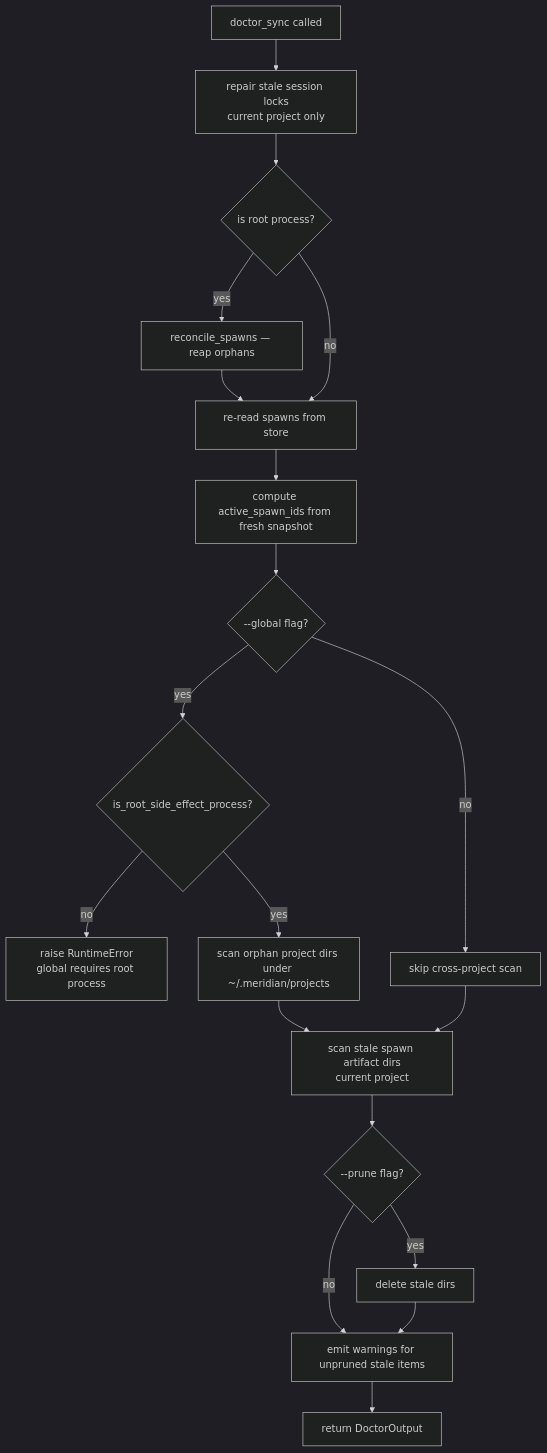
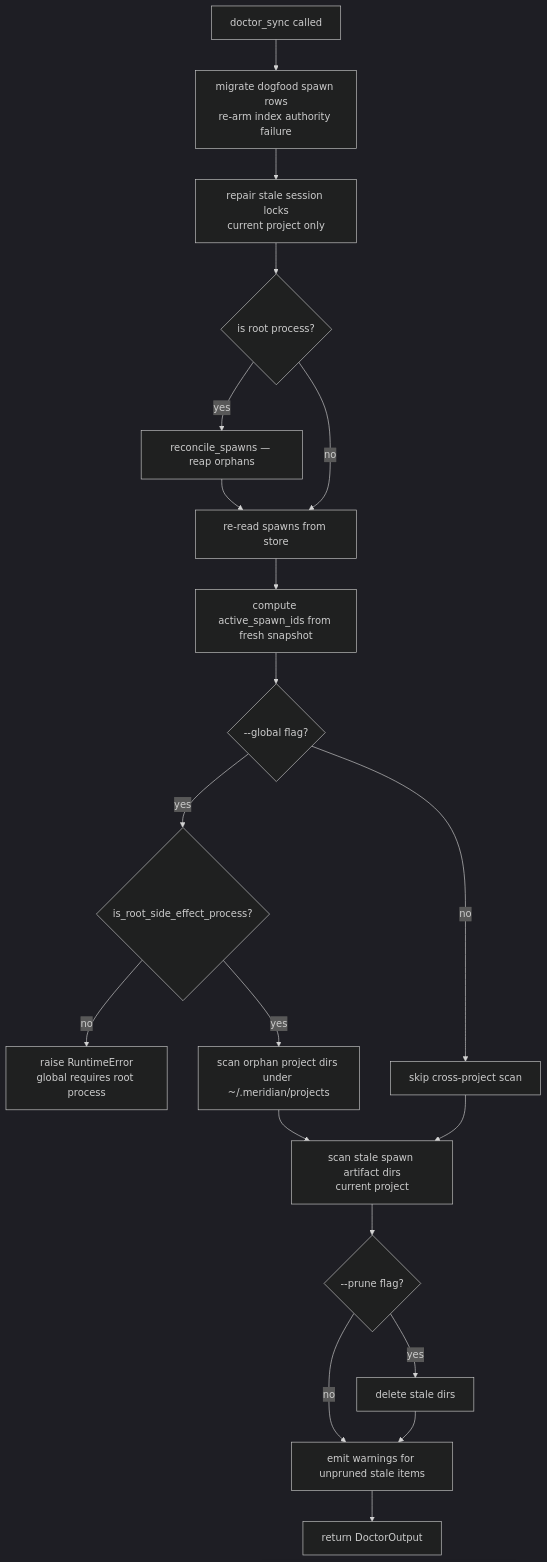
The diagram in kb/operations/health-checks.md (haowjy/meridian-cli-kb), drawn with Mermaid (dark theme) before and after one commit. The commit also changed other lines of this file and 19 other files, not shown here.

````diff
--- a/kb/operations/health-checks.md
+++ b/kb/operations/health-checks.md
@@ -30,21 +30,22 @@
 ```mermaid
 flowchart TD
-    A[doctor_sync called] --> B[repair stale session locks\ncurrent project only]
+    A[doctor_sync called] --> A2[migrate dogfood spawn rows\nre-arm index authority failure]
+    A2 --> B[repair stale session locks\ncurrent project only]
     B --> C{is root process?}
     C -- yes --> D[reconcile_spawns — reap orphans]
     D --> E[re-read spawns from store]
     C -- no --> E
     E --> F[compute active_spawn_ids from fresh snapshot]
     F --> G{--global flag?}
     G -- yes --> G2{is_root_side_effect_process?}
     G2 -- no --> G3[raise RuntimeError\nglobal requires root process]
     G2 -- yes --> H[scan orphan project dirs under ~/.meridian/projects]
     G -- no --> I[skip cross-project scan]
     H --> J[scan stale spawn artifact dirs\ncurrent project]
     I --> J
     J --> K{--prune flag?}
     K -- yes --> L[delete stale dirs]
     K -- no --> M[emit warnings for unpruned stale items]
     L --> M
     M --> N[return DoctorOutput]
 ```
````
